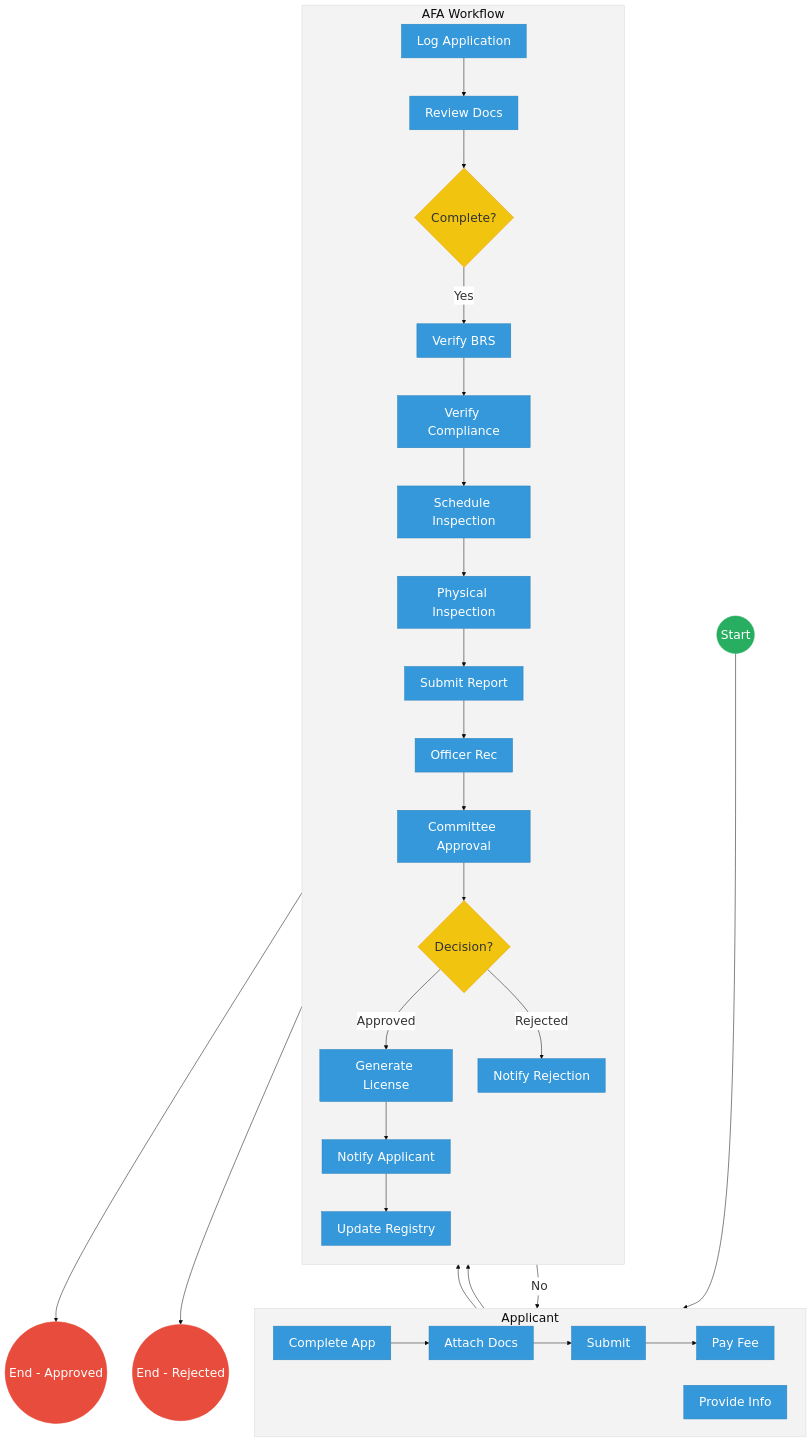
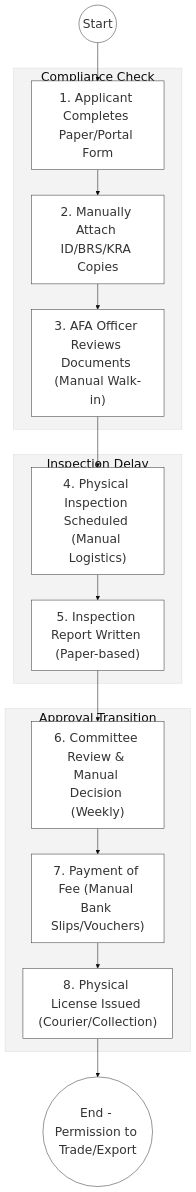
The first of 2 diagrams in mdas/docs_final/priority_mdas/Agriculture_and_Food_Authority___Service_Delivery.md (BITZ-IT-Consulting-LTD/ictapoc), drawn with Mermaid before and after one commit. The commit also changed other lines of this file and 37 other files, not shown here.

````diff
--- a/mdas/docs_final/priority_mdas/Agriculture_and_Food_Authority___Service_Delivery.md
+++ b/mdas/docs_final/priority_mdas/Agriculture_and_Food_Authority___Service_Delivery.md
@@ -31,57 +77,23 @@
 ```mermaid
 %%{init: { 'theme': 'base', 'themeVariables': { 'fontSize': '24px', 'fontFamily': 'Inter, system-ui, sans-serif', 'primaryColor': '#ffffff', 'edgeLabelBackground':'#ffffff', 'tertiaryColor': '#f3f3f3', 'mainBkg': '#ffffff', 'nodeBorder': '#333333' } } }%%
 flowchart TD
-    %% Events
-    Start((Start))
-    EndApprove(("End - Approved"))
-    EndReject(("End - Rejected"))
-
-    subgraph Applicant [Applicant]
-        direction LR
-        CompleteApp["Complete App"] --> AttachDocs["Attach Docs"]
-        AttachDocs --> SubmitApp[Submit]
-        SubmitApp --> PayFee["Pay Fee"]
-        ProvideMoreInfo["Provide Info"]
+    Start((Start)) --> Apply["1. Applicant Completes Paper/Portal Form"]
+    
+    subgraph Verification_Silo["Compliance Check"]
+        Apply --> Attach["2. Manually Attach ID/BRS/KRA Copies"]
+        Attach --> Desk["3. AFA Officer Reviews Documents (Manual Walk-in)"]
     end
 
-    subgraph AFA["AFA Workflow"]
-        direction TB
-        LogApp["Log Application"] --> ReviewDocs["Review Docs"]
-        ReviewDocs --> DocsGateway{Complete?}
-        
-        DocsGateway -- "No" --> ProvideMoreInfo
-        ProvideMoreInfo --> ReviewDocs
-        
-        DocsGateway -- "Yes" --> VerifyBRS["Verify BRS"]
-        VerifyBRS --> VerifyCompliance["Verify Compliance"]
-        VerifyCompliance --> ScheduleInsp["Schedule Inspection"]
-        ScheduleInsp --> PhysInsp["Physical Inspection"]
-        PhysInsp --> SubmitInspReport["Submit Report"]
-        SubmitInspReport --> OfficerRec["Officer Rec"]
-        OfficerRec --> DirApproval["Committee Approval"]
-        DirApproval --> ApprovalGateway{Decision?}
-        
-        ApprovalGateway -- "Approved" --> GenLicense["Generate License"]
-        GenLicense --> NotifyApp["Notify Applicant"]
-        NotifyApp --> UpdateReg["Update Registry"]
-        
-        ApprovalGateway -- "Rejected" --> NotifyReject["Notify Rejection"]
+    subgraph Operation_Silo["Inspection Delay"]
+        Desk --> Insp["4. Physical Inspection Scheduled (Manual Logistics)"]
+        Insp --> Report["5. Inspection Report Written (Paper-based)"]
     end
 
-    %% Flow connections between subgraphs
-    Start --> CompleteApp
-    PayFee --> LogApp
-    UpdateReg --> EndApprove
-    NotifyReject --> EndReject
+    subgraph Settlement_Layer["Approval Transition"]
+        Report --> Comm["6. Committee Review & Manual Decision (Weekly)"]
+        Comm --> Pay["7. Payment of Fee (Manual Bank Slips/Vouchers)"]
+        Pay --> Cert["8. Physical License Issued (Courier/Collection)"]
+    end
 
-    %% Styling
-    classDef startEvent fill:#27ae60,stroke:#27ae60,color:#fff,font-size:24px,font-size:24px;;
-    classDef endEvent fill:#e74c3c,stroke:#e74c3c,color:#fff,font-size:24px,font-size:24px;;
-    classDef userTask fill:#3498db,stroke:#2980b9,color:#fff,font-size:24px,font-size:24px;;
-    classDef gateway fill:#f1c40f,stroke:#f39c12,color:#333,font-size:24px,font-size:24px;;
-    
-    class Start startEvent;
-    class EndApprove,EndReject endEvent;
-    class DocsGateway,ApprovalGateway gateway;
-    class CompleteApp,AttachDocs,SubmitApp,PayFee,ProvideMoreInfo,LogApp,ReviewDocs,VerifyBRS,VerifyCompliance,ScheduleInsp,PhysInsp,SubmitInspReport,OfficerRec,DirApproval,GenLicense,NotifyApp,UpdateReg,NotifyReject userTask;
+    Cert --> EndProcess(("End - Permission to Trade/Export"))
 ```
````
